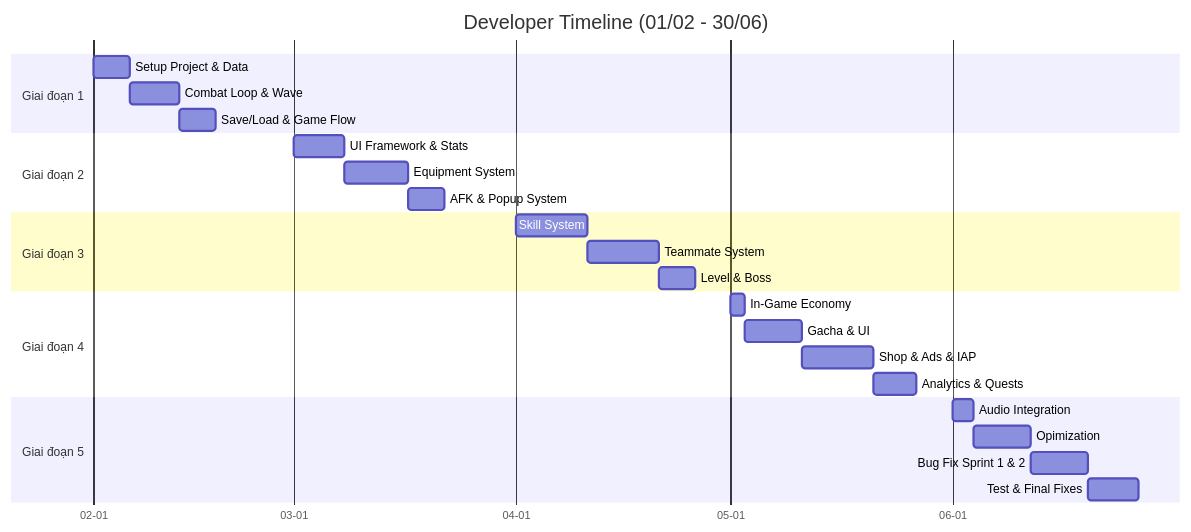
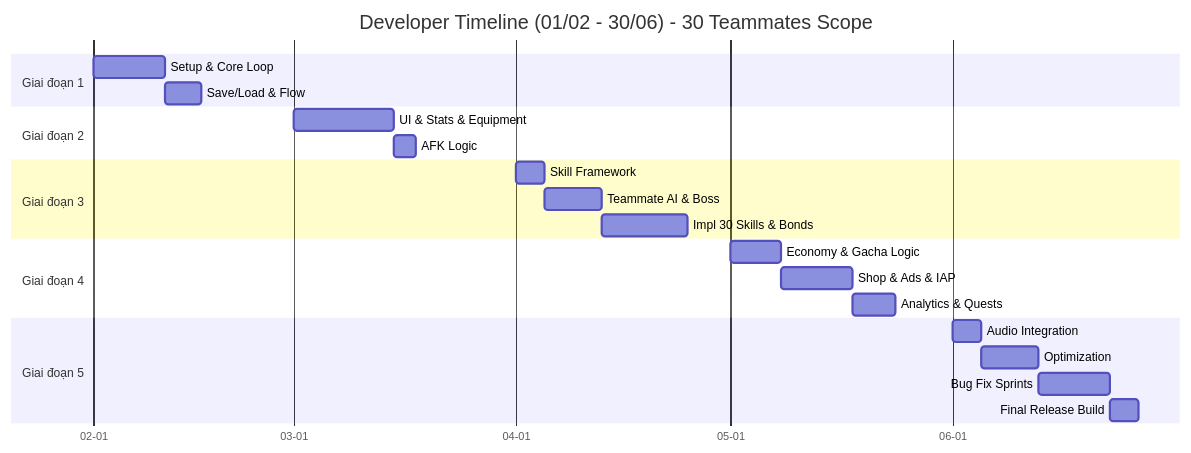
Before and after one commit to luantran-working/idlegame-designdocs: the diagram in docs/plan-timelines/developer.md, drawn with Mermaid. The commit also changed other lines of this file and 3 other files, not shown here.

Commit message:
docs: Introduce core design and planning documents for developer timelines, artist timelines, character assets, and the companion system.

````diff
--- a/docs/plan-timelines/developer.md
+++ b/docs/plan-timelines/developer.md
@@ -83,33 +91,30 @@
 ```mermaid
 gantt
-    title Developer Timeline (01/02 - 30/06)
+    title Developer Timeline (01/02 - 30/06) - 30 Teammates Scope
     dateFormat YYYY-MM-DD
     axisFormat %m-%d
 
     section Giai đoạn 1
-    Setup Project & Data    :DEV1, 2026-02-01, 5d
-    Combat Loop & Wave      :DEV2, after DEV1, 7d
-    Save/Load & Game Flow   :DEV3, after DEV2, 5d
+    Setup & Core Loop       :DEV1, 2026-02-01, 10d
+    Save/Load & Flow        :DEV2, after DEV1, 5d
 
     section Giai đoạn 2
-    UI Framework & Stats    :DEV4, 2026-03-01, 7d
-    Equipment System        :DEV5, after DEV4, 9d
-    AFK & Popup System      :DEV6, after DEV5, 5d
+    UI & Stats & Equipment  :DEV3, 2026-03-01, 14d
+    AFK Logic               :DEV4, after DEV3, 3d
 
     section Giai đoạn 3
-    Skill System            :DEV7, 2026-04-01, 10d
-    Teammate System         :DEV8, after DEV7, 10d
-    Level & Boss            :DEV9, after DEV8, 5d
+    Skill Framework         :DEV5, 2026-04-01, 4d
+    Teammate AI & Boss      :DEV6, after DEV5, 8d
+    Impl 30 Skills & Bonds  :DEV7, after DEV6, 12d
 
     section Giai đoạn 4
-    In-Game Economy         :DEV10, 2026-05-01, 2d
-    Gacha & UI              :DEV11, after DEV10, 8d
-    Shop & Ads & IAP        :DEV12, after DEV11, 10d
-    Analytics & Quests      :DEV13, after DEV12, 6d
+    Economy & Gacha Logic   :DEV8, 2026-05-01, 7d
+    Shop & Ads & IAP        :DEV9, after DEV8, 10d
+    Analytics & Quests      :DEV10, after DEV9, 6d
 
     section Giai đoạn 5
-    Audio Integration       :DEV14, 2026-06-01, 3d
-    Opimization             :DEV15, after DEV14, 8d
-    Bug Fix Sprint 1 & 2    :DEV16, after DEV15, 8d
-    Test & Final Fixes      :DEV17, after DEV16, 7d
+    Audio Integration       :DEV11, 2026-06-01, 4d
+    Optimization            :DEV12, after DEV11, 8d
+    Bug Fix Sprints         :DEV13, after DEV12, 10d
+    Final Release Build     :DEV14, after DEV13, 4d
 ```
````
